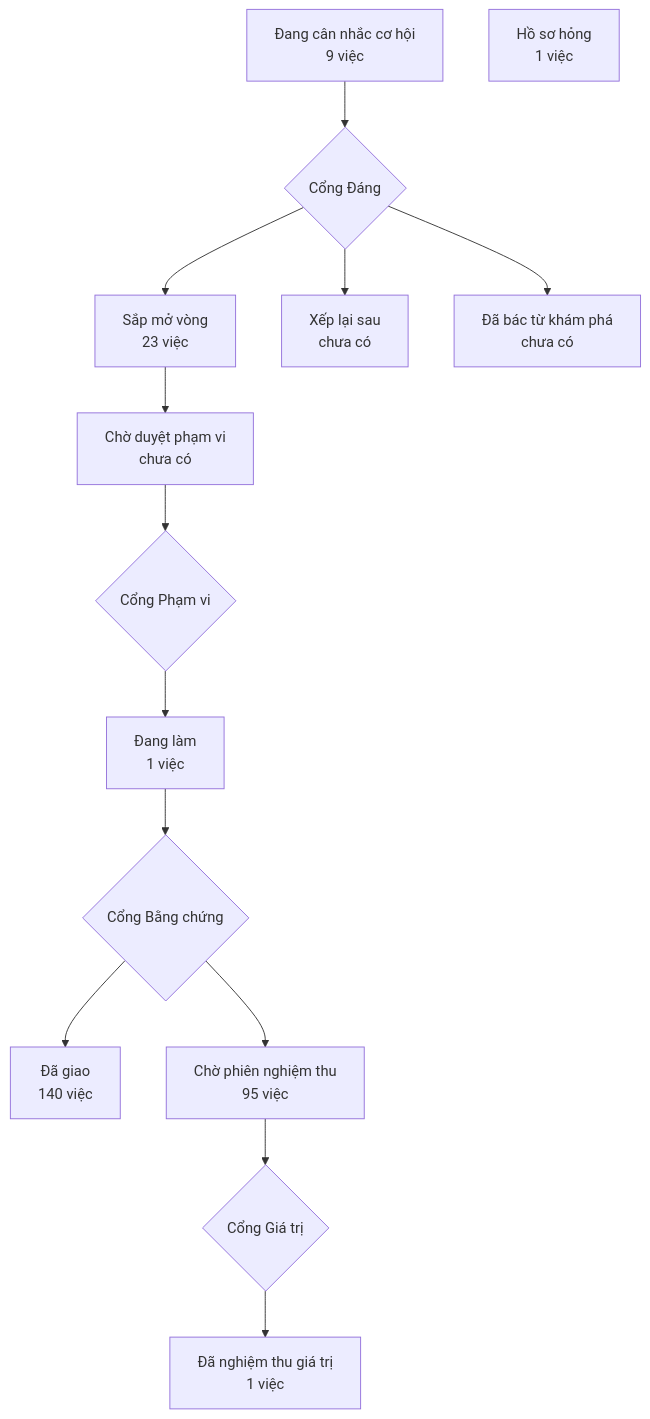
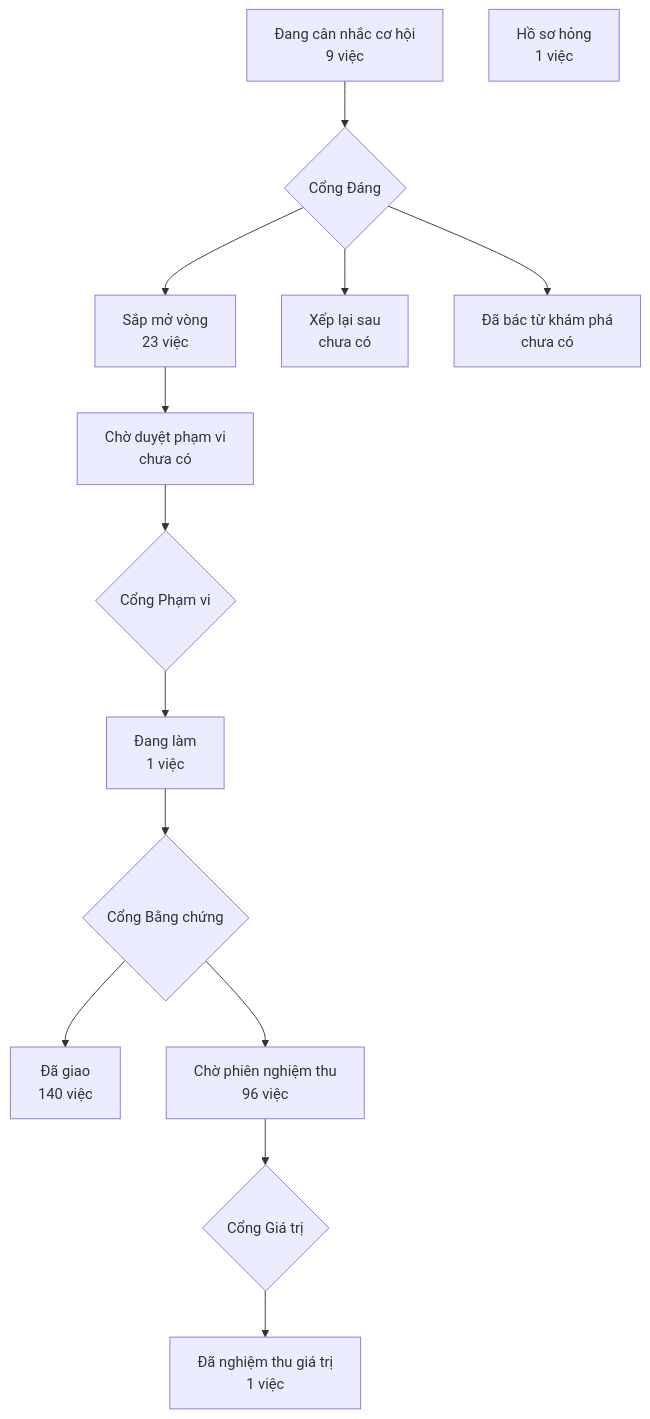
Before and after one commit to phanlemanh/crm-onehub: the diagram in PRODUCT-MAP.md, drawn with Mermaid. The commit also changed 1 other file, not shown here.

Commit message:
chore: vẽ lại bản đồ sản phẩm trên cây sạch sau gộp onehub (#387)

````diff
--- a/PRODUCT-MAP.md
+++ b/PRODUCT-MAP.md
@@ -7,13 +7,13 @@
 ```mermaid
 flowchart TD
   A["Đang cân nhắc cơ hội<br/>9 việc"] --> GD{"Cổng Đáng"}
   GD --> B["Sắp mở vòng<br/>23 việc"]
   GD --> XL["Xếp lại sau<br/>chưa có"]
   GD --> DB["Đã bác từ khám phá<br/>chưa có"]
   B --> CD["Chờ duyệt phạm vi<br/>chưa có"] --> GP{"Cổng Phạm vi"}
   GP --> DL["Đang làm<br/>1 việc"] --> GB{"Cổng Bằng chứng"}
   GB --> DG["Đã giao<br/>140 việc"]
-  GB --> CN["Chờ phiên nghiệm thu<br/>95 việc"] --> GG{"Cổng Giá trị"}
+  GB --> CN["Chờ phiên nghiệm thu<br/>96 việc"] --> GG{"Cổng Giá trị"}
   GG --> NT["Đã nghiệm thu giá trị<br/>1 việc"]
   HS["Hồ sơ hỏng<br/>1 việc"]
 ```
````
